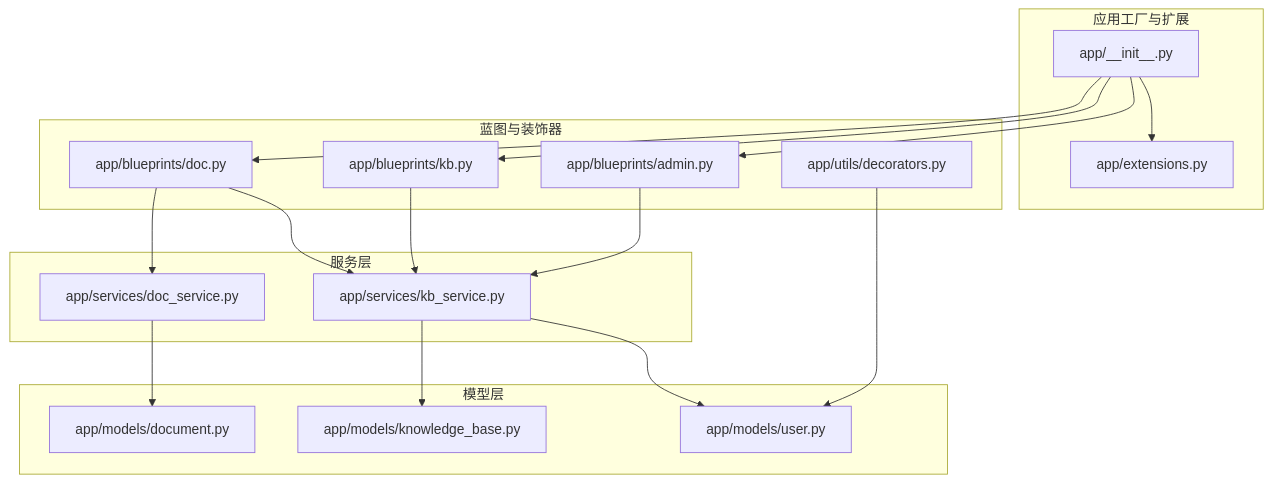
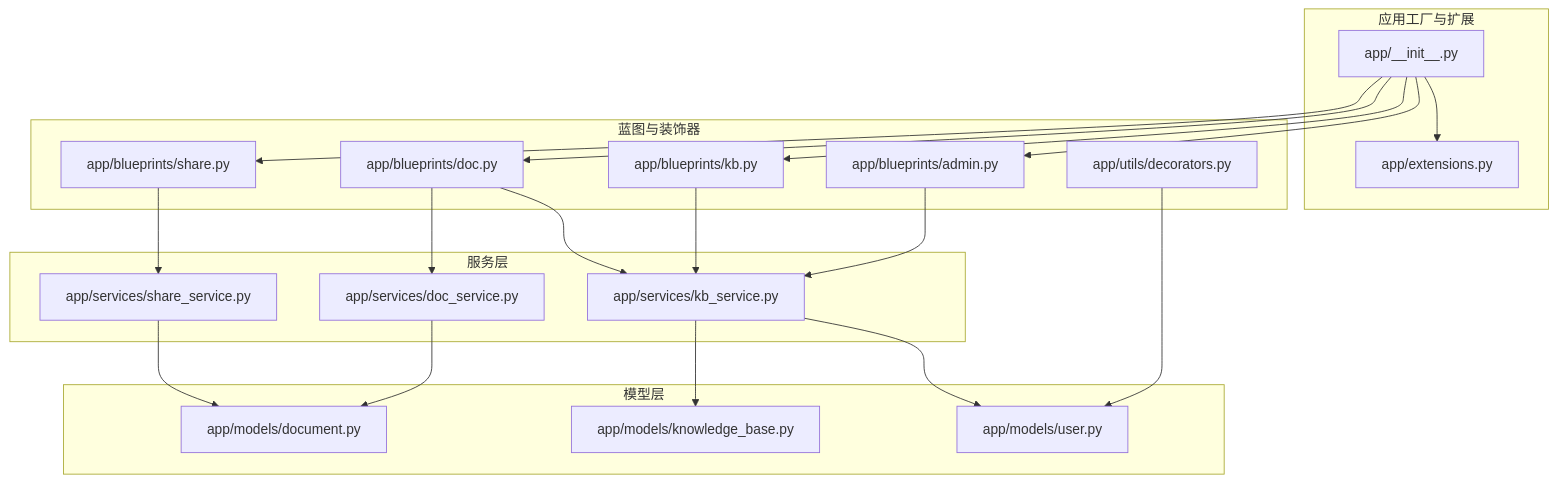
The first of 6 diagrams in .qoder/repowiki/zh/content/核心模块/权限控制系统.md (beyondalbert/my_wiki), drawn with Mermaid before and after one commit. The commit also changed other lines of this file and 11 other files, not shown here.

````diff
--- a/.qoder/repowiki/zh/content/核心模块/权限控制系统.md
+++ b/.qoder/repowiki/zh/content/核心模块/权限控制系统.md
@@ -38,34 +43,39 @@
 ```mermaid
 graph TB
 subgraph "应用工厂与扩展"
 A["app/__init__.py"]
 E["app/extensions.py"]
 end
 subgraph "模型层"
 U["app/models/user.py"]
 KB["app/models/knowledge_base.py"]
 D["app/models/document.py"]
 end
 subgraph "服务层"
 S_KB["app/services/kb_service.py"]
 S_DOC["app/services/doc_service.py"]
+S_SHARE["app/services/share_service.py"]
 end
 subgraph "蓝图与装饰器"
 BP_ADM["app/blueprints/admin.py"]
 BP_KB["app/blueprints/kb.py"]
 BP_DOC["app/blueprints/doc.py"]
+BP_SHARE["app/blueprints/share.py"]
 DEC["app/utils/decorators.py"]
 end
 A --> E
 A --> BP_ADM
 A --> BP_KB
 A --> BP_DOC
+A --> BP_SHARE
 BP_ADM --> S_KB
 BP_KB --> S_KB
 BP_DOC --> S_KB
 BP_DOC --> S_DOC
+BP_SHARE --> S_SHARE
 S_KB --> U
 S_KB --> KB
 S_DOC --> D
+S_SHARE --> D
 DEC --> U
 ```
````
